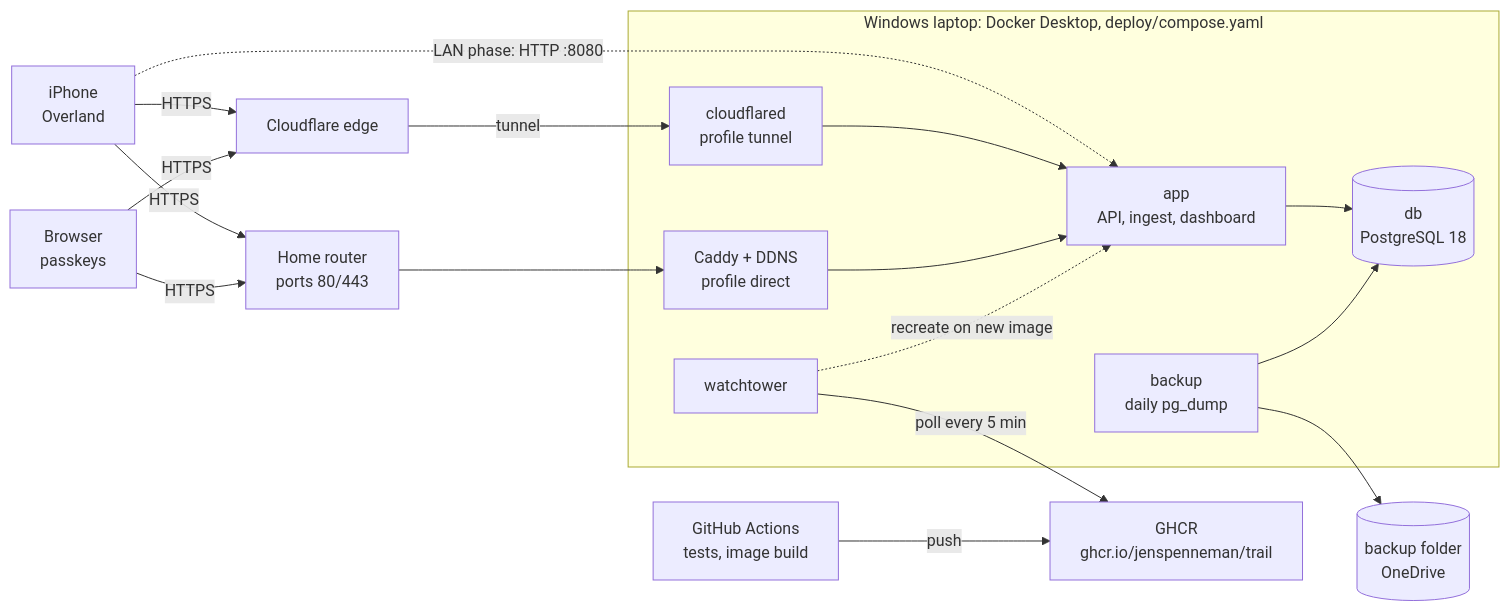
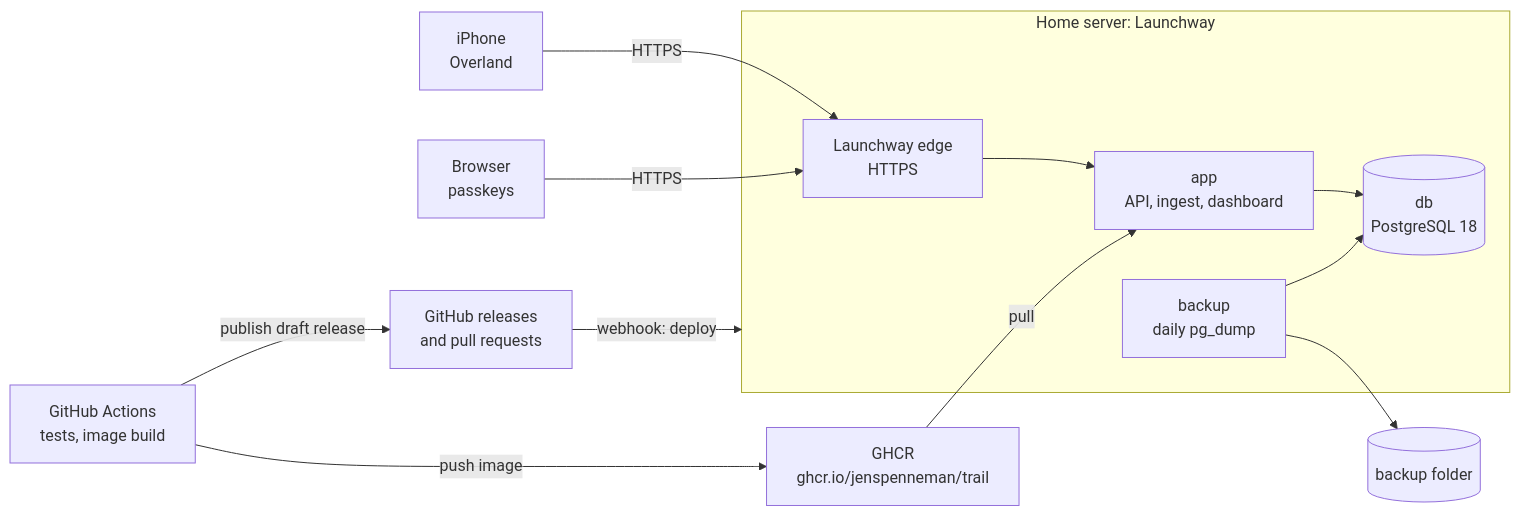
The diagram in README.md (JensPenneman/trail), drawn with Mermaid before and after one commit. The commit also changed other lines of this file and 3 other files, not shown here.

First line of the commit message:
docs: operations runbook for Launchway releases and previews

````diff
--- a/README.md
+++ b/README.md
@@ -36,36 +36,28 @@
 ```mermaid
 flowchart LR
   phone["iPhone<br/>Overland"]
   browser["Browser<br/>passkeys"]
-  cfedge["Cloudflare edge"]
-  router["Home router<br/>ports 80/443"]
+  ci["GitHub Actions<br/>tests, image build"]
+  ghcr["GHCR<br/>ghcr.io/jenspenneman/trail"]
+  releases["GitHub releases<br/>and pull requests"]
 
-  subgraph laptop["Windows laptop: Docker Desktop, deploy/compose.yaml"]
-    cloudflared["cloudflared<br/>profile tunnel"]
-    caddy["Caddy + DDNS<br/>profile direct"]
+  subgraph server["Home server: Launchway"]
+    edge["Launchway edge<br/>HTTPS"]
     app["app<br/>API, ingest, dashboard"]
     db[("db<br/>PostgreSQL 18")]
     backup["backup<br/>daily pg_dump"]
-    watchtower["watchtower"]
   end
 
-  folder[("backup folder<br/>OneDrive")]
-  ghcr["GHCR<br/>ghcr.io/jenspenneman/trail"]
-  ci["GitHub Actions<br/>tests, image build"]
+  folder[("backup folder")]
 
-  phone -->|HTTPS| cfedge
-  browser -->|HTTPS| cfedge
-  cfedge -->|tunnel| cloudflared
-  phone -->|HTTPS| router
-  browser -->|HTTPS| router
-  router --> caddy
-  phone -.->|"LAN phase: HTTP :8080"| app
-  cloudflared --> app
-  caddy --> app
+  phone -->|HTTPS| edge
+  browser -->|HTTPS| edge
+  edge --> app
   app --> db
   backup --> db
   backup --> folder
-  ci -->|push| ghcr
-  watchtower -->|"poll every 5 min"| ghcr
-  watchtower -.->|"recreate on new image"| app
+  ci -->|"push image"| ghcr
+  ci -->|"publish draft release"| releases
+  releases -->|"webhook: deploy"| server
+  ghcr -->|pull| app
 ```
````
